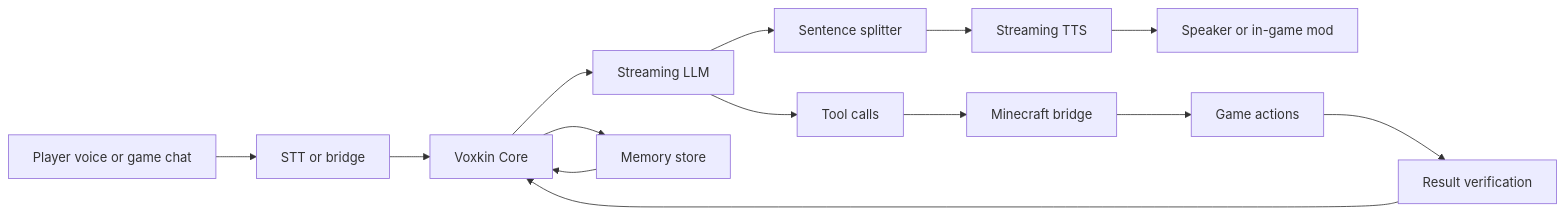
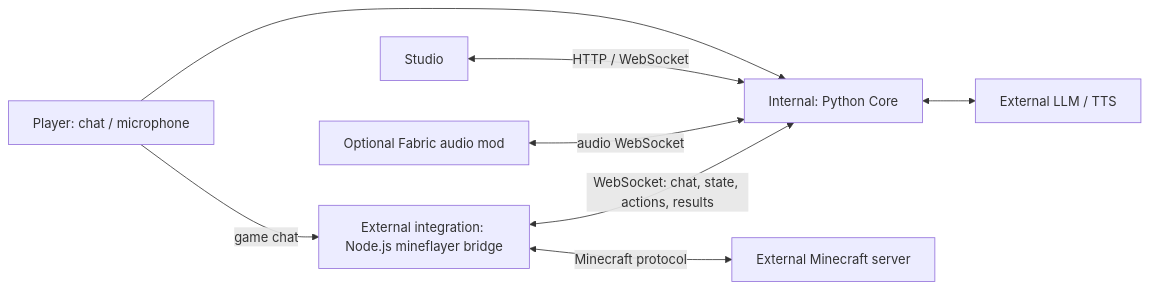
Before and after one commit to DeckDes233/Voxkin: the diagram in README.en.md, drawn with Mermaid. The commit also changed other lines of this file and 52 other files, not shown here.

````diff
--- a/README.en.md
+++ b/README.en.md
@@ -52,16 +29,10 @@
 ```mermaid
 flowchart LR
-    P[Player voice or game chat] --> A[STT or bridge]
-    A --> B[Voxkin Core]
-    B --> C[Streaming LLM]
-    C --> D[Sentence splitter]
-    D --> E[Streaming TTS]
-    E --> F[Speaker or in-game mod]
-    C --> G[Tool calls]
-    G --> H[Minecraft bridge]
-    H --> I[Game actions]
-    I --> J[Result verification]
-    J --> B
-    B --> K[Memory store]
-    K --> B
+    P[Player: chat / microphone] --> C[Internal: Python Core]
+    B[External integration: Node.js mineflayer bridge] <-->|WebSocket: chat, state, actions, results| C
+    P -->|game chat| B
+    B <-->|Minecraft protocol| M[External Minecraft server]
+    C <--> L[External LLM / TTS]
+    U[Studio] <-->|HTTP / WebSocket| C
+    A[Optional Fabric audio mod] <-->|audio WebSocket| C
 ```
````
